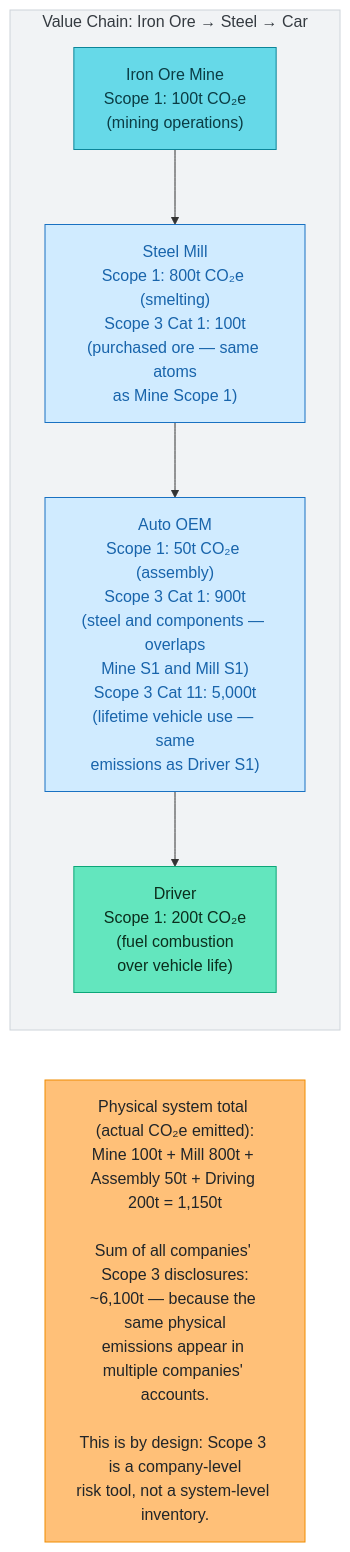
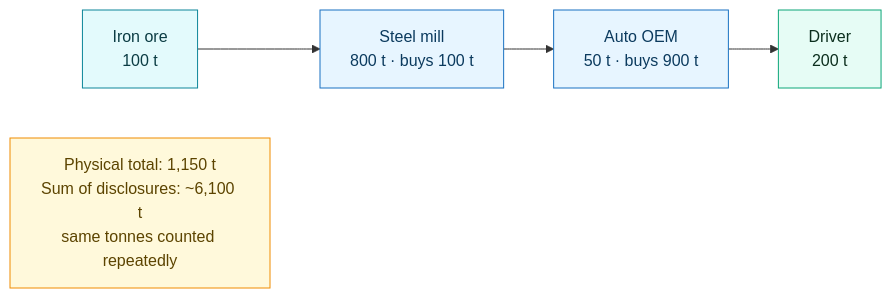
The sixth of 6 diagrams in docs/01_scope3_fundamentals.md (co3org/Scope3-Challenge), drawn with Mermaid before and after one commit. The commit also changed other lines of this file and 11 other files, not shown here.

First line of the commit message:
Soft diagram palette and trim text-wall node labels

````diff
--- a/docs/01_scope3_fundamentals.md
+++ b/docs/01_scope3_fundamentals.md
@@ -307,25 +307,21 @@
 ```mermaid
 flowchart LR
-    classDef up fill:#66d9e8,stroke:#0c8599,color:#0b3c44;
-    classDef down fill:#63e6be,stroke:#0ca678,color:#0b2e1d;
-    classDef info fill:#d0ebff,stroke:#1971c2,color:#1864ab;
-    classDef warn fill:#ffc078,stroke:#f08c00,color:#212529;
-    classDef muted fill:#f1f3f5,stroke:#ced4da,color:#343a40;
+    classDef up fill:#e3fafc,stroke:#0c8599,color:#0b3c44;
+    classDef down fill:#e6fcf5,stroke:#0ca678,color:#0b2e1d;
+    classDef info fill:#e7f5ff,stroke:#1971c2,color:#0b3a5e;
+    classDef warn fill:#fff9db,stroke:#f08c00,color:#5c4400;
 
-    subgraph Chain["Value Chain: Iron Ore → Steel → Car"]
-        Mine["Iron Ore Mine\nScope 1: 100t CO₂e\n(mining operations)"]
-        Steel["Steel Mill\nScope 1: 800t CO₂e (smelting)\nScope 3 Cat 1: 100t\n(purchased ore — same atoms\nas Mine Scope 1)"]
-        Auto["Auto OEM\nScope 1: 50t CO₂e (assembly)\nScope 3 Cat 1: 900t\n(steel and components — overlaps\nMine S1 and Mill S1)\nScope 3 Cat 11: 5,000t\n(lifetime vehicle use — same\nemissions as Driver S1)"]
-        Driver["Driver\nScope 1: 200t CO₂e\n(fuel combustion\nover vehicle life)"]
-    end
+    Mine["Iron ore<br/>100 t"]
+    Steel["Steel mill<br/>800 t · buys 100 t"]
+    Auto["Auto OEM<br/>50 t · buys 900 t"]
+    Driver["Driver<br/>200 t"]
 
     Mine --> Steel --> Auto --> Driver
 
-    Note["Physical system total (actual CO₂e emitted):\nMine 100t + Mill 800t + Assembly 50t + Driving 200t = 1,150t\n\nSum of all companies' Scope 3 disclosures:\n~6,100t — because the same physical\nemissions appear in multiple companies' accounts.\n\nThis is by design: Scope 3 is a company-level\nrisk tool, not a system-level inventory."]
+    Note["Physical total: 1,150 t<br/>Sum of disclosures: ~6,100 t<br/>same tonnes counted repeatedly"]
 
     class Mine up;
     class Steel,Auto info;
     class Driver down;
     class Note warn;
-    class Chain muted;
 ```
````
